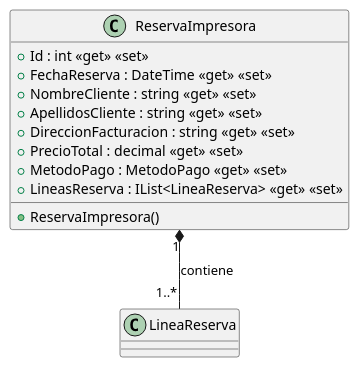
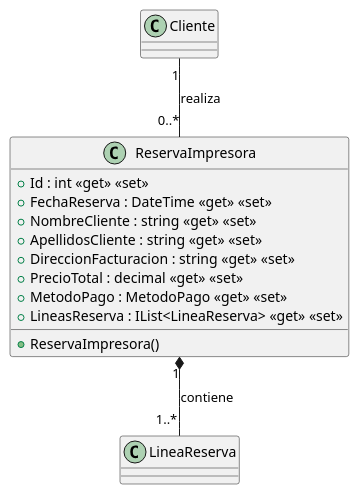
The diagram in src/AppForSEII.API/ClassDiagram/ReservaImpresora.puml (ISIIA2627DAKOI9SE/ISIIA2627DAKOI9SE), drawn with PlantUML before and after one commit. The commit also changed 3 other files, not shown here.

```diff
--- a/src/AppForSEII.API/ClassDiagram/ReservaImpresora.puml
+++ b/src/AppForSEII.API/ClassDiagram/ReservaImpresora.puml
@@ -1,17 +1,18 @@
 @startuml
 
 class ReservaImpresora {
     + ReservaImpresora()
     + Id : int <<get>> <<set>>
     + FechaReserva : DateTime <<get>> <<set>>
     + NombreCliente : string <<get>> <<set>>
     + ApellidosCliente : string <<get>> <<set>>
     + DireccionFacturacion : string <<get>> <<set>>
     + PrecioTotal : decimal <<get>> <<set>>
     + MetodoPago : MetodoPago <<get>> <<set>>
     + LineasReserva : IList<LineaReserva> <<get>> <<set>>
 }
 
 ReservaImpresora "1" *-- "1..*" LineaReserva : contiene
+Cliente "1" -- "0..*" ReservaImpresora : realiza
 
 @enduml
```
